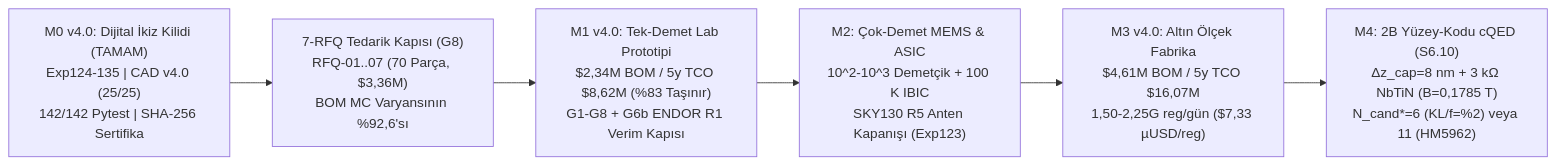
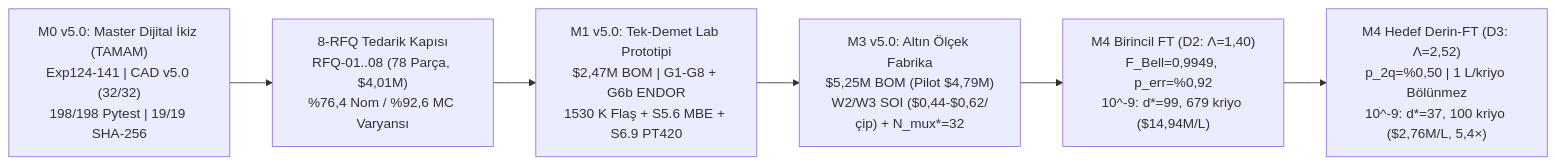
Before and after one commit to berkmec/Atom-Lithography: the third of 3 diagrams in README.md, drawn with Mermaid. The commit also changed other lines of this file and 132 other files, not shown here.

Commit message:
Atom Lithography Machine v5.0: 160k-orb sp3d5s* TB (Exp136), Echo M4 bus (Exp137), Defective Surface Code MWPM FT (Exp138), 1530K flash + 8nm MBE S5.6 (Exp139), Q16.16 BOED-FPGA + 32x Cryo-MUX + CellISA v3.5 (Exp140), Wafer CX4 + v5 Digital Twin (Exp141), CAD/BOM v5.0

````diff
--- a/README.md
+++ b/README.md
@@ -76,8 +77,8 @@
 ```mermaid
 flowchart LR
-    M0["M0 v4.0: Dijital İkiz Kilidi (TAMAM)<br/>Exp124-135 | CAD v4.0 (25/25)<br/>142/142 Pytest | SHA-256 Sertifika"] --> RFQ["7-RFQ Tedarik Kapısı (G8)<br/>RFQ-01..07 (70 Parça, $3,36M)<br/>BOM MC Varyansının %92,6'sı"]
-    RFQ --> M1["M1 v4.0: Tek-Demet Lab Prototipi<br/>$2,34M BOM / 5y TCO $8,62M (%83 Taşınır)<br/>G1-G8 + G6b ENDOR R1 Verim Kapısı"]
-    M1 --> M2["M2: Çok-Demet MEMS & ASIC<br/>10^2-10^3 Demetçik + 100 K IBIC<br/>SKY130 R5 Anten Kapanışı (Exp123)"]
-    M2 --> M3["M3 v4.0: Altın Ölçek Fabrika<br/>$4,61M BOM / 5y TCO $16,07M<br/>1,50-2,25G reg/gün ($7,33 µUSD/reg)"]
-    M3 --> M4["M4: 2B Yüzey-Kodu cQED (S6.10)<br/>Δz_cap=8 nm + 3 kΩ NbTiN (B=0,1785 T)<br/>N_cand*=6 (KL/f=%2) veya 11 (HM5962)"]
+    M0["M0 v5.0: Master Dijital İkiz (TAMAM)<br/>Exp124-141 | CAD v5.0 (32/32)<br/>198/198 Pytest | 19/19 SHA-256"] --> RFQ["8-RFQ Tedarik Kapısı<br/>RFQ-01..08 (78 Parça, $4,01M)<br/>%76,4 Nom / %92,6 MC Varyansı"]
+    RFQ --> M1["M1 v5.0: Tek-Demet Lab Prototipi<br/>$2,47M BOM | G1-G8 + G6b ENDOR<br/>1530 K Flaş + S5.6 MBE + S6.9 PT420"]
+    M1 --> M3["M3 v5.0: Altın Ölçek Fabrika<br/>$5,25M BOM (Pilot $4,79M)<br/>W2/W3 SOI ($0,44-$0,62/çip) + N_mux*=32"]
+    M3 --> M4D2["M4 Birincil FT (D2: Λ=1,40)<br/>F_Bell=0,9949, p_err=%0,92<br/>10^-9: d*=99, 679 kriyo ($14,94M/L)"]
+    M4D2 --> M4D3["M4 Hedef Derin-FT (D3: Λ=2,52)<br/>p_2q=%0,50 | 1 L/kriyo Bölünmez<br/>10^-9: d*=37, 100 kriyo ($2,76M/L, 5,4×)"]
 ```
````
